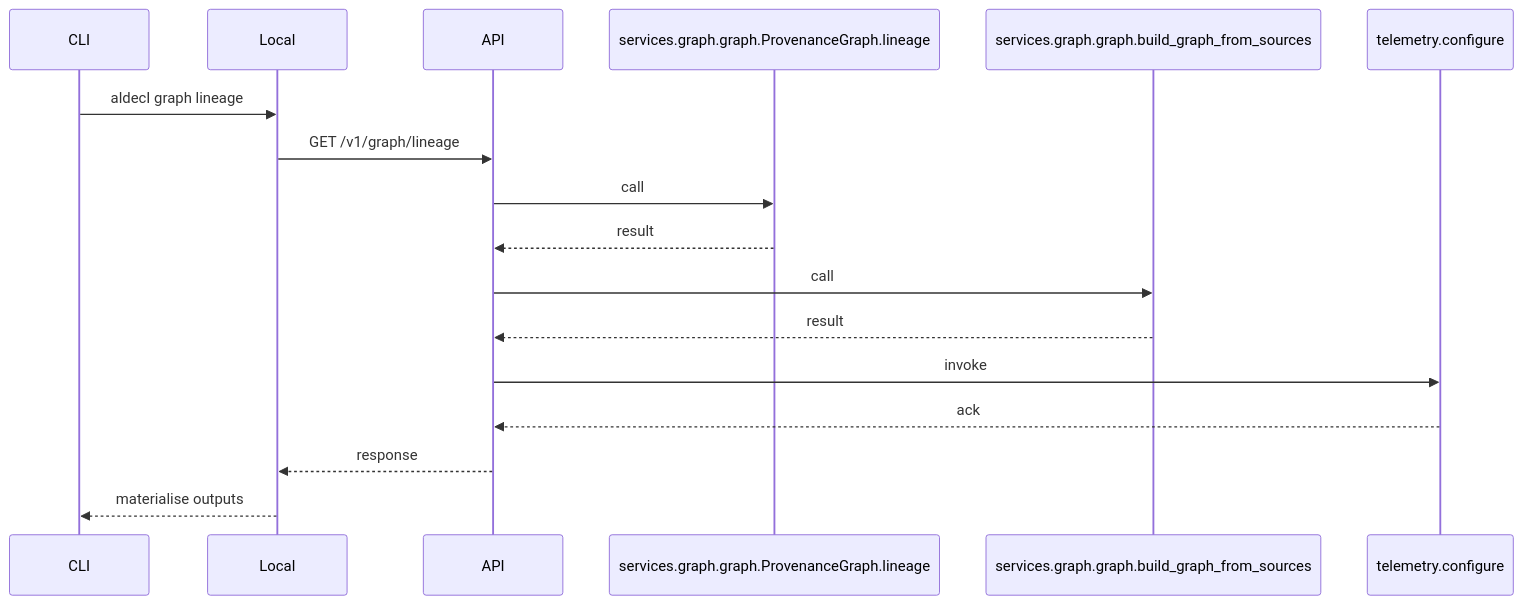
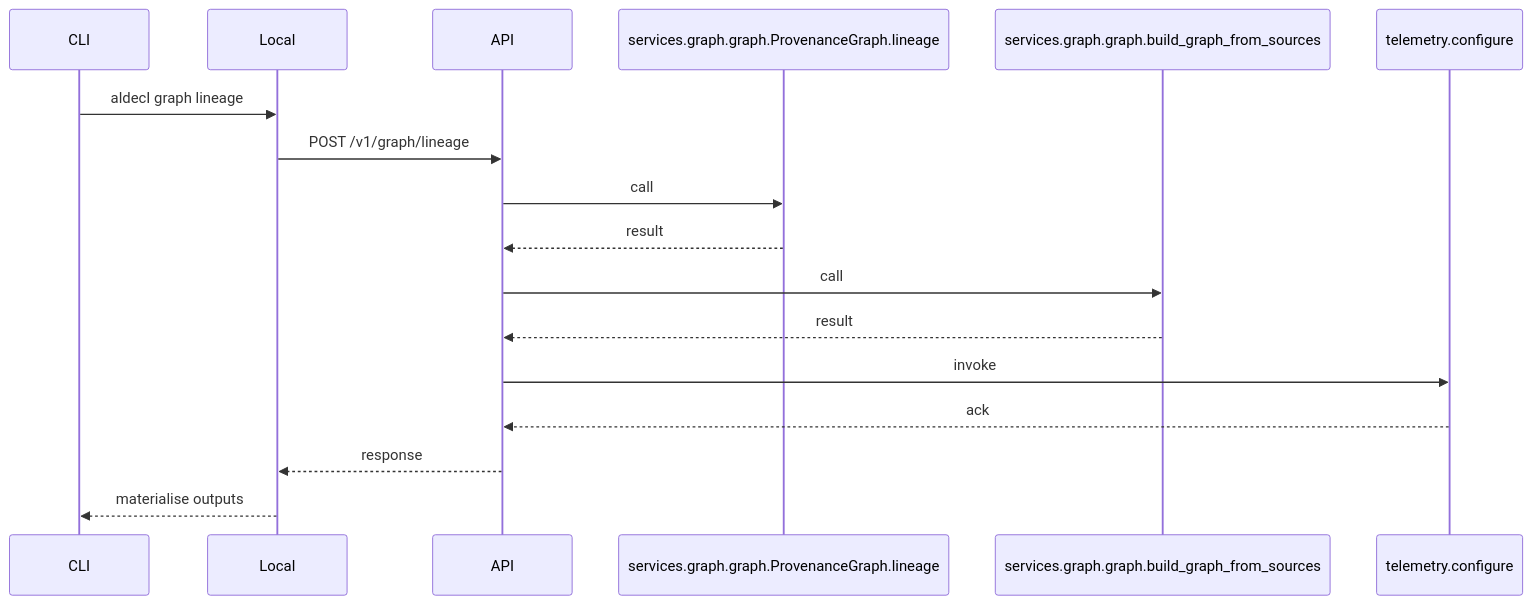
One commit to DevOpsMadDog/Aldeci changed the diagram in docs/diagrams/seq_graph_lineage.mmd. Above: the diagram before and after it, drawn with Mermaid. The commit also changed 13 other files, not shown here.

Commit message:
chore(graph): use POST semantics and refresh docs

```diff
--- a/docs/diagrams/seq_graph_lineage.mmd
+++ b/docs/diagrams/seq_graph_lineage.mmd
@@ -1,17 +1,17 @@
 sequenceDiagram
     participant CLI
     participant Local
     participant API
     CLI->>Local: aldecI graph lineage
-    Local->>API: GET /v1/graph/lineage
-    participant S172213 as services.graph.graph.ProvenanceGraph.lineage
-    API->>S172213: call
-    S172213-->>API: result
-    participant S206271 as services.graph.graph.build_graph_from_sources
-    API->>S206271: call
-    S206271-->>API: result
-    participant I870404 as telemetry.configure
-    API->>I870404: invoke
-    I870404-->>API: ack
+    Local->>API: POST /v1/graph/lineage
+    participant S903551 as services.graph.graph.ProvenanceGraph.lineage
+    API->>S903551: call
+    S903551-->>API: result
+    participant S518151 as services.graph.graph.build_graph_from_sources
+    API->>S518151: call
+    S518151-->>API: result
+    participant I283076 as telemetry.configure
+    API->>I283076: invoke
+    I283076-->>API: ack
     API-->>Local: response
     Local-->>CLI: materialise outputs
```
